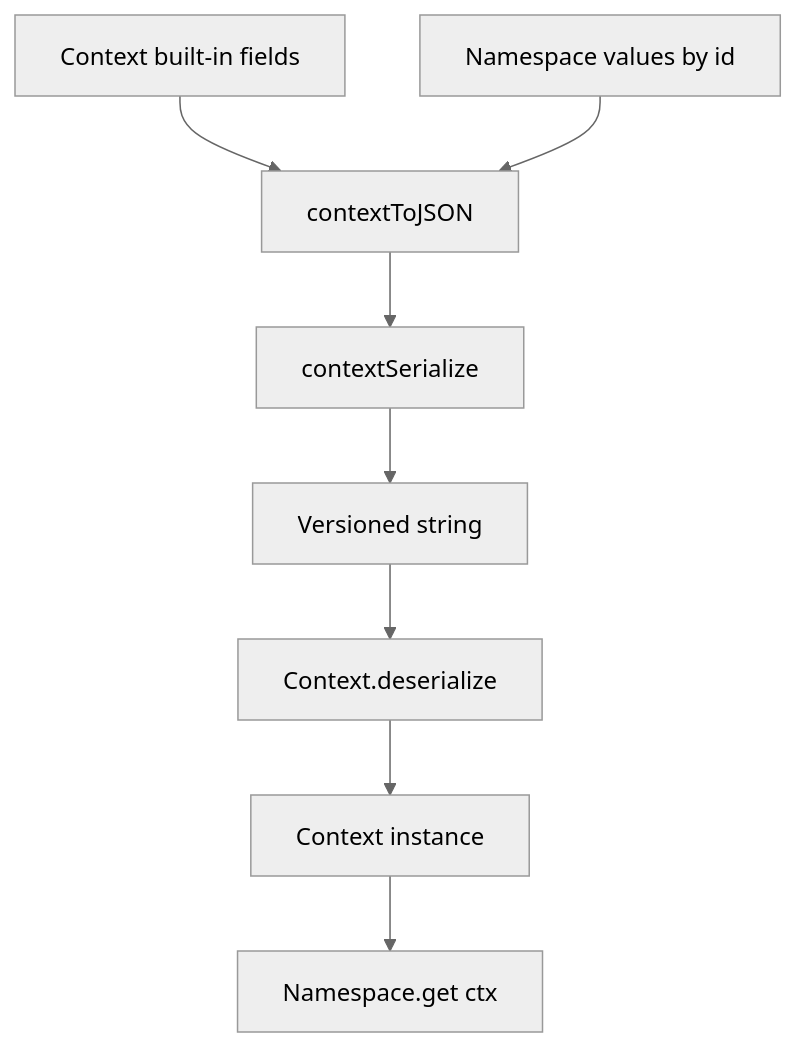
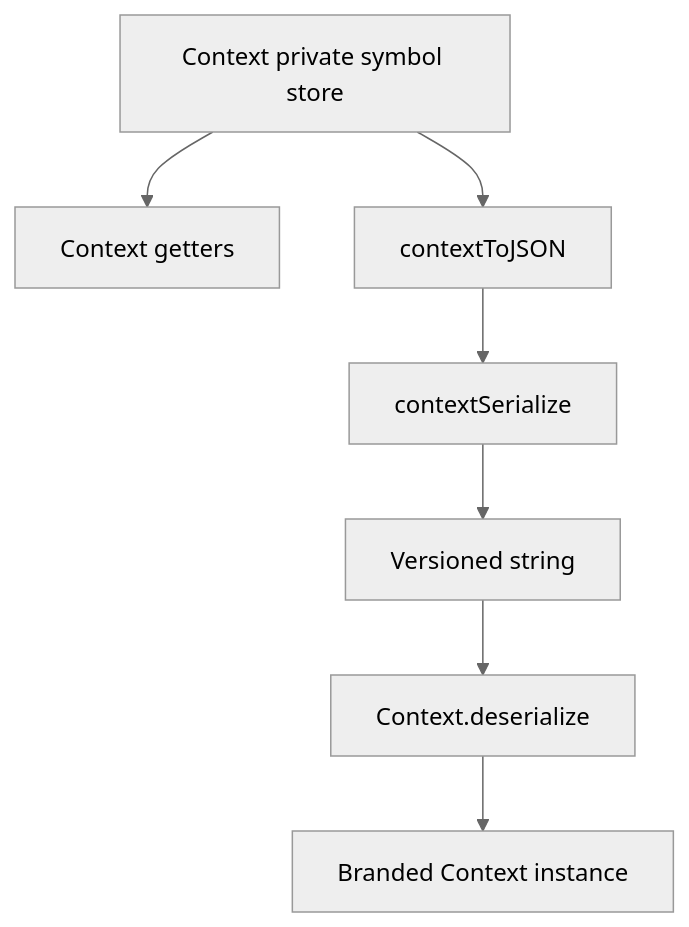
Before and after one commit to ex3ndr/daycare: the diagram in doc/20260318-context-namespaces.md, drawn with Mermaid (neutral theme). The commit also changed other lines of this file and 42 other files, not shown here.

Commit message:
refactor: simplify branded context

````diff
--- a/doc/20260318-context-namespaces.md
+++ b/doc/20260318-context-namespaces.md
@@ -15,10 +16,9 @@
 ```mermaid
 flowchart TD
-    A[Context built-in fields] --> B[contextToJSON]
-    C[Namespace values by id] --> B
-    B --> D[contextSerialize]
+    A[Context private symbol store] --> B[Context getters]
+    A --> C[contextToJSON]
+    C --> D[contextSerialize]
     D --> E[Versioned string]
     E --> F[Context.deserialize]
-    F --> G[Context instance]
-    G --> H[Namespace.get ctx]
+    F --> G[Branded Context instance]
 ```
````
